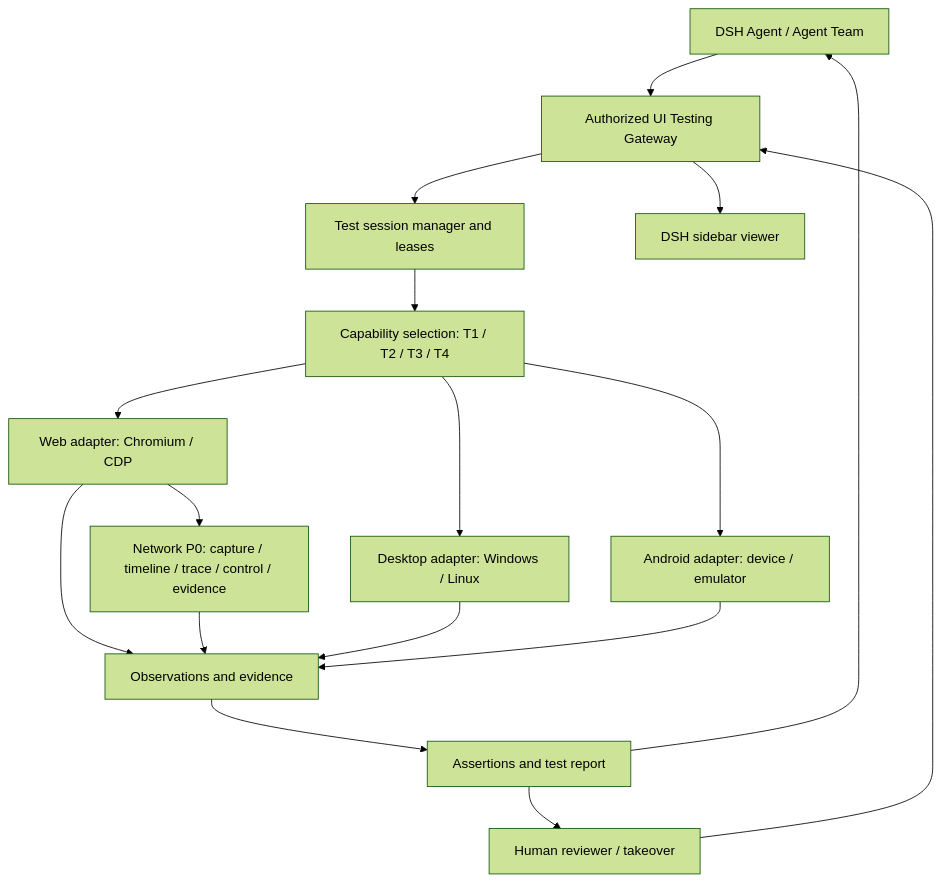
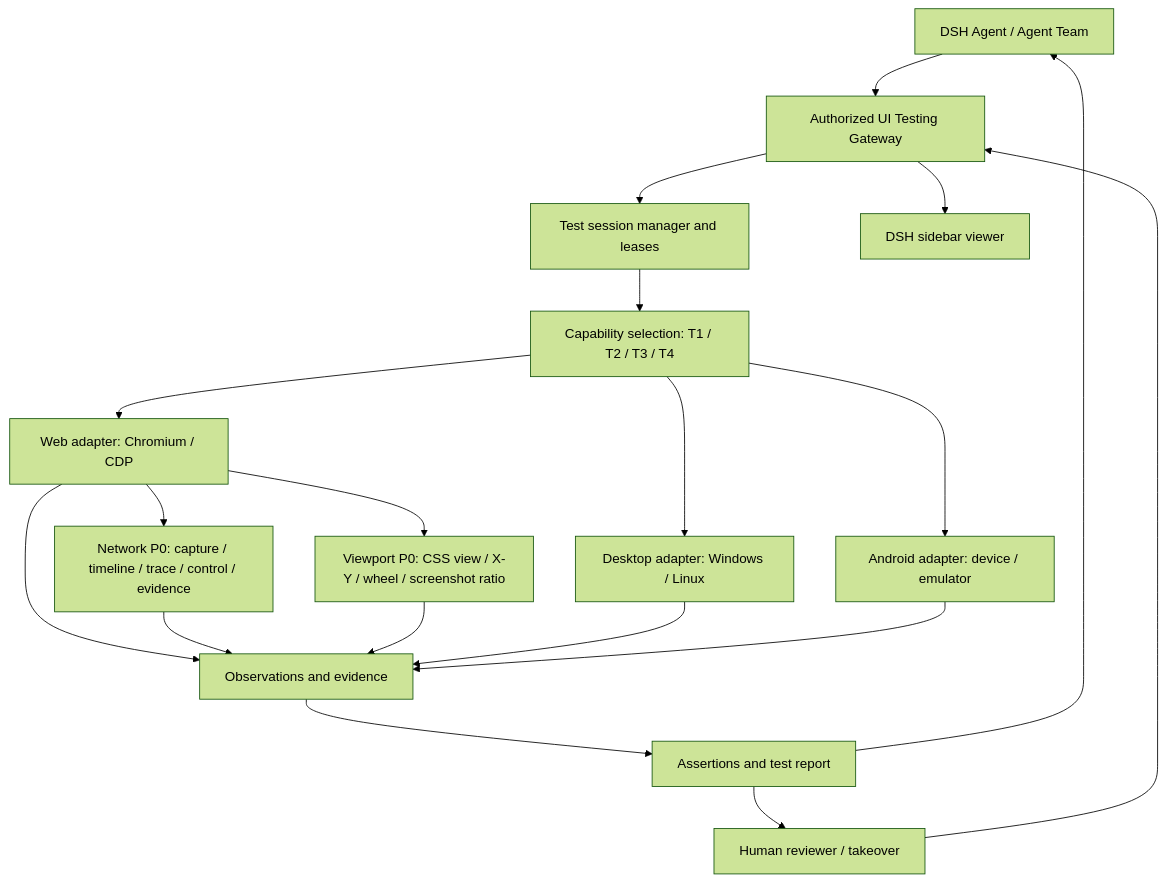
Before and after one commit to bloodarea/dsh-agent-team-ui-testing: the diagram in README.md, drawn with Mermaid (forest theme). The commit also changed other lines of this file and 40 other files, not shown here.

````diff
--- a/README.md
+++ b/README.md
@@ -180,19 +186,21 @@
 ```mermaid
 flowchart TD
     A[DSH Agent / Agent Team] --> G[Authorized UI Testing Gateway]
     H[Human reviewer / takeover] --> G
     G --> M[Test session manager and leases]
     G --> V[DSH sidebar viewer]
     M --> P[Capability selection: T1 / T2 / T3 / T4]
     P --> B[Web adapter: Chromium / CDP]
     B --> N[Network P0: capture / timeline / trace / control / evidence]
+    B --> C[Viewport P0: CSS view / X-Y / wheel / screenshot ratio]
     P --> D[Desktop adapter: Windows / Linux]
     P --> R[Android adapter: device / emulator]
     B --> E[Observations and evidence]
     N --> E
+    C --> E
     D --> E
     R --> E
     E --> X[Assertions and test report]
     X --> A
     X --> H
 ```
````
